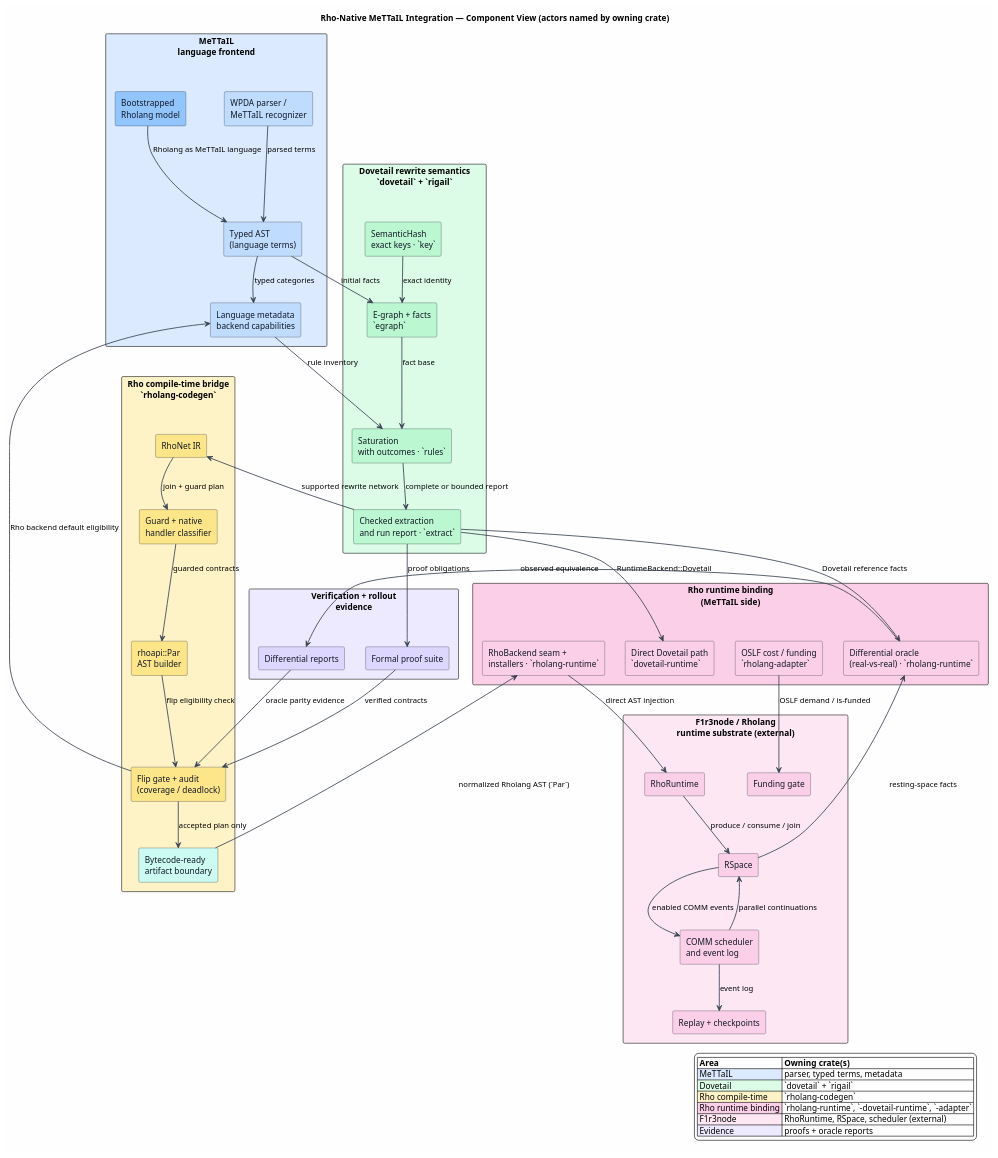
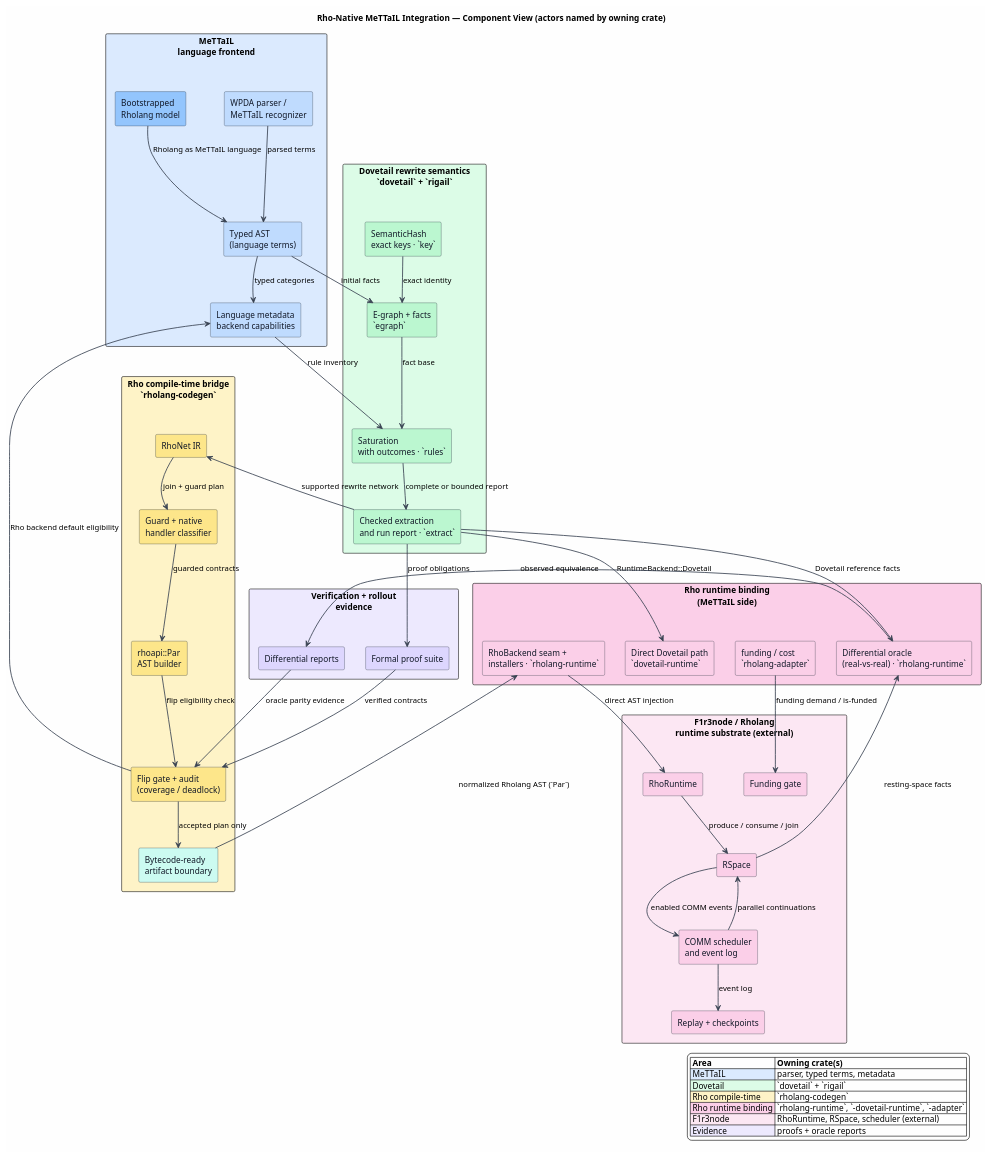
One commit to F1R3FLY-io/mettail-rust changed the diagram in docs/architecture/rho-native-integration/figures/README.puml. Above: the diagram before and after it, drawn with PlantUML. The commit also changed 90 other files, not shown here.

```diff
--- a/docs/architecture/rho-native-integration/figures/README.puml
+++ b/docs/architecture/rho-native-integration/figures/README.puml
@@ -1,94 +1,94 @@
 @startuml
 title Rho-Native MeTTaIL Integration — Component View (actors named by owning crate)
 
 skinparam backgroundColor #FEFEFE
 skinparam componentStyle rectangle
 skinparam shadowing false
 skinparam ArrowColor #374151
 skinparam ArrowThickness 1.4
 skinparam component {
   BorderColor #1F2937
   FontColor #111827
 }
 
 rectangle "MeTTaIL\nlanguage frontend" as M #DBEAFE {
   component "WPDA parser /\nMeTTaIL recognizer" as Parser #BFDBFE
   component "Typed AST\n(language terms)" as AST #BFDBFE
   component "Language metadata\nbackend capabilities" as Metadata #BFDBFE
   component "Bootstrapped\nRholang model" as RhoModel #93C5FD
 }
 
 rectangle "Dovetail rewrite semantics\n`dovetail` + `rigail`" as D #DCFCE7 {
   component "SemanticHash\nexact keys · `key`" as Keys #BBF7D0
   component "E-graph + facts\n`egraph`" as EGraph #BBF7D0
   component "Saturation\nwith outcomes · `rules`" as Saturation #BBF7D0
   component "Checked extraction\nand run report · `extract`" as Report #BBF7D0
 }
 
 rectangle "Rho compile-time bridge\n`rholang-codegen`" as B #FEF3C7 {
   component "RhoNet IR" as RhoNet #FDE68A
   component "Guard + native\nhandler classifier" as Guards #FDE68A
   component "rhoapi::Par\nAST builder" as AstBuilder #FDE68A
   component "Flip gate + audit\n(coverage / deadlock)" as Gate #FDE68A
   component "Bytecode-ready\nartifact boundary" as Artifact #CCFBF1
 }
 
 rectangle "Rho runtime binding\n(MeTTaIL side)" as R #FBCFE8 {
   component "RhoBackend seam +\ninstallers · `rholang-runtime`" as Seam #FBCFE8
   component "Differential oracle\n(real-vs-real) · `rholang-runtime`" as Oracle #FBCFE8
   component "Direct Dovetail path\n`dovetail-runtime`" as DirectPath #FBCFE8
-  component "OSLF cost / funding\n`rholang-adapter`" as Cost #FBCFE8
+  component "funding / cost\n`rholang-adapter`" as Cost #FBCFE8
 }
 
 rectangle "F1r3node / Rholang\nruntime substrate (external)" as F #FCE7F3 {
   component "RhoRuntime" as Runtime #FBCFE8
   component "RSpace" as RSpace #FBCFE8
   component "COMM scheduler\nand event log" as Scheduler #FBCFE8
   component "Replay + checkpoints" as Replay #FBCFE8
   component "Funding gate" as Funding #FBCFE8
 }
 
 rectangle "Verification + rollout\nevidence" as V #EDE9FE {
   component "Formal proof suite" as Formal #DDD6FE
   component "Differential reports" as Diff #DDD6FE
 }
 
 Parser --> AST : parsed terms
 AST --> Metadata : typed categories
 RhoModel --> AST : Rholang as MeTTaIL language
 AST --> EGraph : initial facts
 Metadata --> Saturation : rule inventory
 Keys --> EGraph : exact identity
 EGraph --> Saturation : fact base
 Saturation --> Report : complete or bounded report
 Report --> RhoNet : supported rewrite network
 RhoNet --> Guards : join + guard plan
 Guards --> AstBuilder : guarded contracts
 AstBuilder --> Gate : flip eligibility check
 Gate --> Artifact : accepted plan only
 Artifact --> Seam : normalized Rholang AST (`Par`)
 Report --> DirectPath : RuntimeBackend::Dovetail
 Seam --> Runtime : direct AST injection
 Runtime --> RSpace : produce / consume / join
 RSpace --> Scheduler : enabled COMM events
 Scheduler --> RSpace : parallel continuations
 Scheduler --> Replay : event log
-Cost --> Funding : OSLF demand / is-funded
+Cost --> Funding : funding demand / is-funded
 RSpace --> Oracle : resting-space facts
 Report --> Oracle : Dovetail reference facts
 Oracle --> Diff : observed equivalence
 Report --> Formal : proof obligations
 Formal --> Gate : verified contracts
 Diff --> Gate : oracle parity evidence
 Gate --> Metadata : Rho backend default eligibility
 
 legend right
 |= Area |= Owning crate(s) |
 |<#DBEAFE> MeTTaIL | parser, typed terms, metadata |
 |<#DCFCE7> Dovetail | `dovetail` + `rigail` |
 |<#FEF3C7> Rho compile-time | `rholang-codegen` |
 |<#FBCFE8> Rho runtime binding | `rholang-runtime`, `-dovetail-runtime`, `-adapter` |
 |<#FCE7F3> F1r3node | RhoRuntime, RSpace, scheduler (external) |
 |<#EDE9FE> Evidence | proofs + oracle reports |
 endlegend
 @enduml
```
